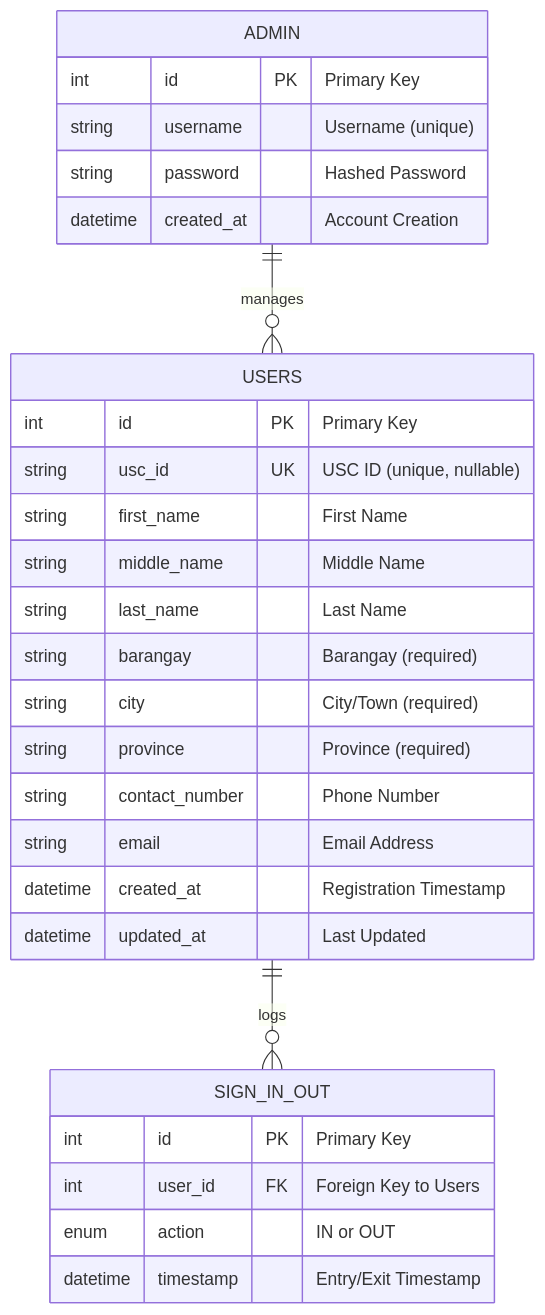
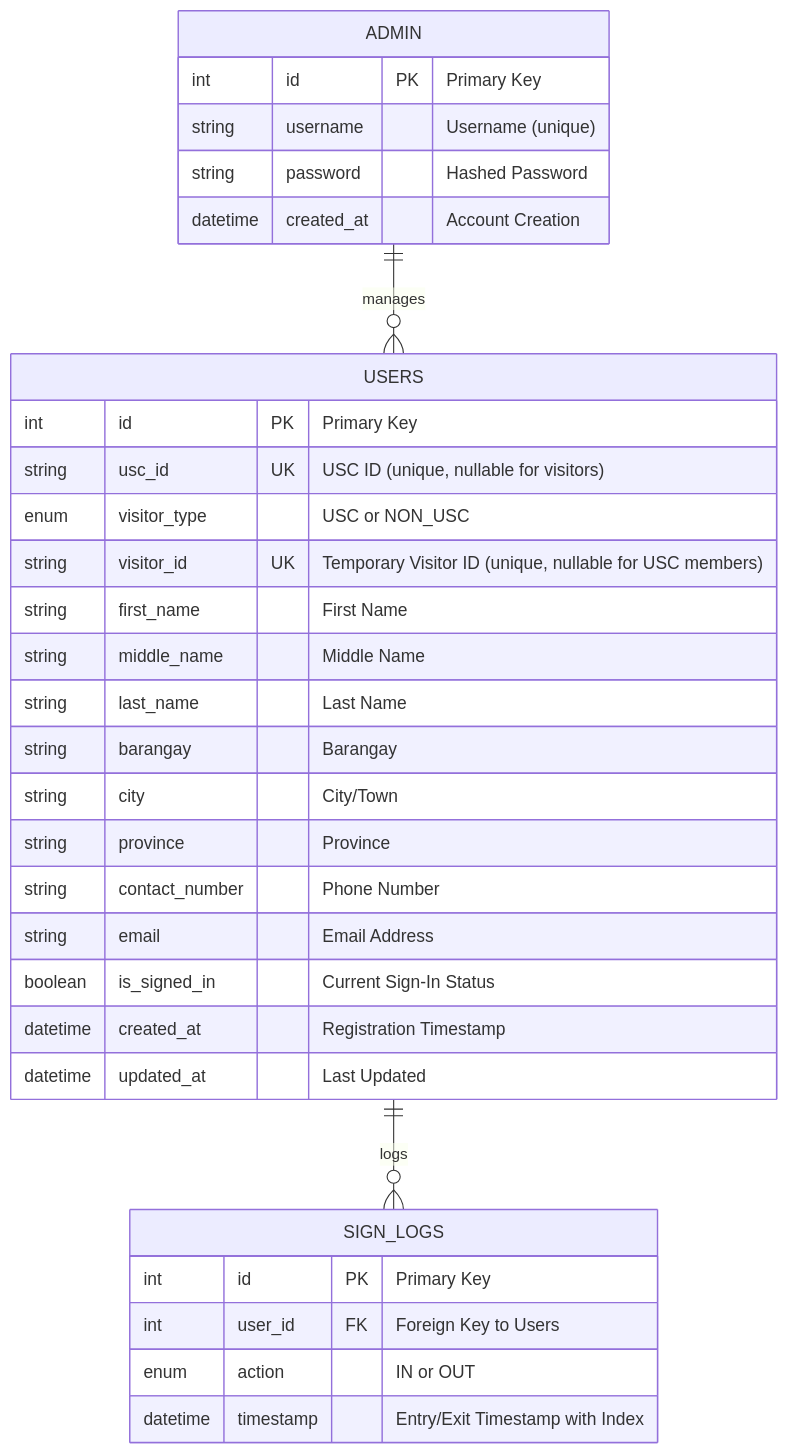
One commit to OlegAngelo/contact-tracing-app changed the second of 2 diagrams in README.md. Above: the diagram before and after it, drawn with Mermaid. The commit also changed other lines of this file, not shown here.

Commit message:
finalize readme to match current system

````diff
--- a/README.md
+++ b/README.md
@@ -48,34 +58,37 @@
 ```mermaid
 erDiagram
-    USERS ||--o{ SIGN_IN_OUT : logs
+    USERS ||--o{ SIGN_LOGS : logs
     ADMIN ||--o{ USERS : manages
 
     USERS {
         int id PK "Primary Key"
-        string usc_id UK "USC ID (unique, nullable)"
+        string usc_id UK "USC ID (unique, nullable for visitors)"
+        enum visitor_type "USC or NON_USC"
+        string visitor_id UK "Temporary Visitor ID (unique, nullable for USC members)"
         string first_name "First Name"
         string middle_name "Middle Name"
         string last_name "Last Name"
-        string barangay "Barangay (required)"
-        string city "City/Town (required)"
-        string province "Province (required)"
+        string barangay "Barangay"
+        string city "City/Town"
+        string province "Province"
         string contact_number "Phone Number"
         string email "Email Address"
+        boolean is_signed_in "Current Sign-In Status"
         datetime created_at "Registration Timestamp"
         datetime updated_at "Last Updated"
     }
 
-    SIGN_IN_OUT {
+    SIGN_LOGS {
         int id PK "Primary Key"
         int user_id FK "Foreign Key to Users"
         enum action "IN or OUT"
-        datetime timestamp "Entry/Exit Timestamp"
+        datetime timestamp "Entry/Exit Timestamp with Index"
     }
 
     ADMIN {
         int id PK "Primary Key"
         string username "Username (unique)"
         string password "Hashed Password"
         datetime created_at "Account Creation"
     }
 ```
````
